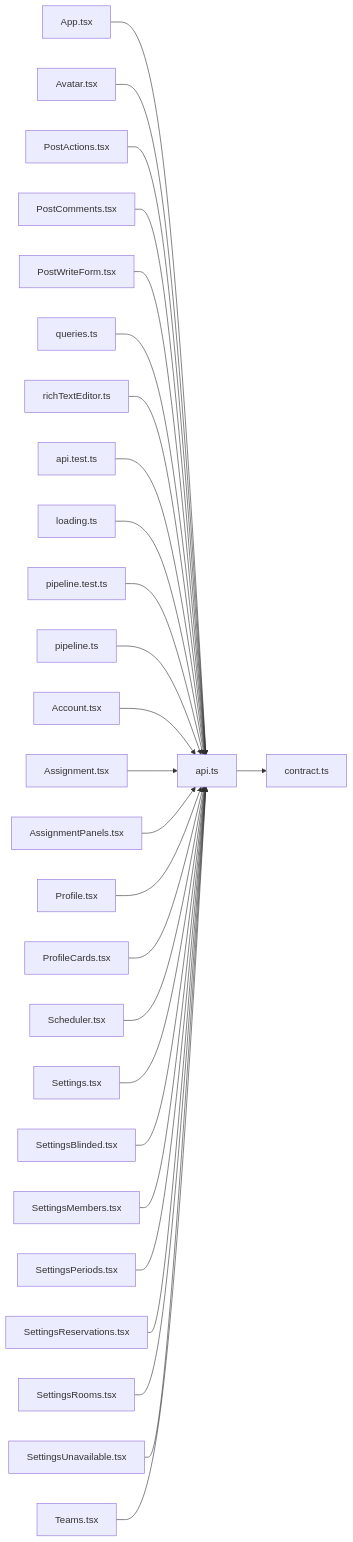
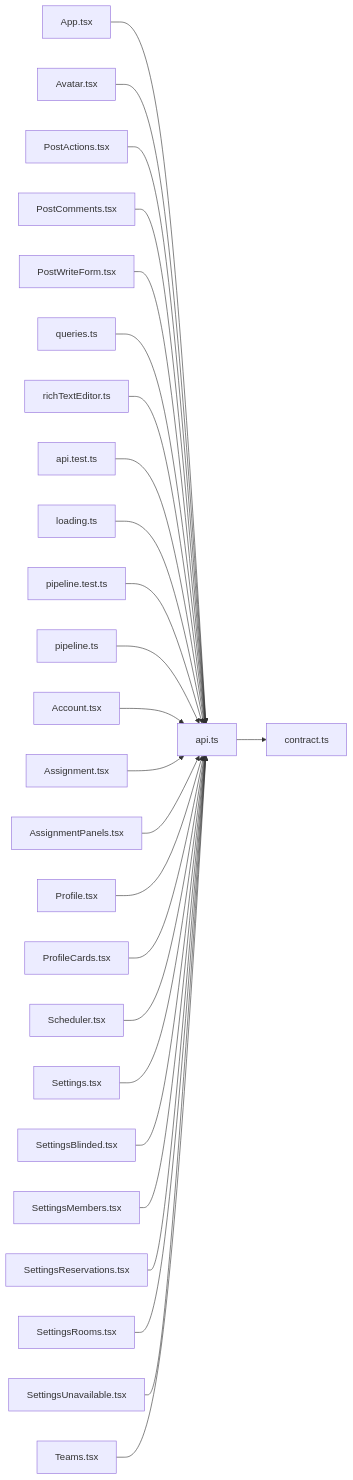
The diagram in .cluedoc/graph/frontend/src/lib/api.md (minkong-dev/Banblit), drawn with Mermaid before and after one commit. The commit also changed other lines of this file and 15 other files, not shown here.

First line of the commit message:
frontend: move route duties into hooks and server calls into lib/pipeline

````diff
--- a/.cluedoc/graph/frontend/src/lib/api.md
+++ b/.cluedoc/graph/frontend/src/lib/api.md
@@ -10,30 +10,29 @@
 ```mermaid
 flowchart LR
   frontend_src_lib_api["api.ts"]
   frontend_src_lib_api --> frontend_src_lib_contract["contract.ts"]
   frontend_src_App["App.tsx"] --> frontend_src_lib_api
   frontend_src_components_Avatar["Avatar.tsx"] --> frontend_src_lib_api
   frontend_src_components_PostActions["PostActions.tsx"] --> frontend_src_lib_api
   frontend_src_components_PostComments["PostComments.tsx"] --> frontend_src_lib_api
   frontend_src_components_PostWriteForm["PostWriteForm.tsx"] --> frontend_src_lib_api
   frontend_src_components_queries["queries.ts"] --> frontend_src_lib_api
   frontend_src_components_richTextEditor["richTextEditor.ts"] --> frontend_src_lib_api
   frontend_src_lib_api_test["api.test.ts"] --> frontend_src_lib_api
   frontend_src_lib_loading["loading.ts"] --> frontend_src_lib_api
   frontend_src_lib_pipeline_test["pipeline.test.ts"] --> frontend_src_lib_api
   frontend_src_lib_pipeline["pipeline.ts"] --> frontend_src_lib_api
   frontend_src_routes_Account["Account.tsx"] --> frontend_src_lib_api
   frontend_src_routes_Assignment["Assignment.tsx"] --> frontend_src_lib_api
   frontend_src_routes_AssignmentPanels["AssignmentPanels.tsx"] --> frontend_src_lib_api
   frontend_src_routes_Profile["Profile.tsx"] --> frontend_src_lib_api
   frontend_src_routes_ProfileCards["ProfileCards.tsx"] --> frontend_src_lib_api
   frontend_src_routes_Scheduler["Scheduler.tsx"] --> frontend_src_lib_api
   frontend_src_routes_Settings["Settings.tsx"] --> frontend_src_lib_api
   frontend_src_routes_SettingsBlinded["SettingsBlinded.tsx"] --> frontend_src_lib_api
   frontend_src_routes_SettingsMembers["SettingsMembers.tsx"] --> frontend_src_lib_api
-  frontend_src_routes_SettingsPeriods["SettingsPeriods.tsx"] --> frontend_src_lib_api
   frontend_src_routes_SettingsReservations["SettingsReservations.tsx"] --> frontend_src_lib_api
   frontend_src_routes_SettingsRooms["SettingsRooms.tsx"] --> frontend_src_lib_api
   frontend_src_routes_SettingsUnavailable["SettingsUnavailable.tsx"] --> frontend_src_lib_api
   frontend_src_routes_Teams["Teams.tsx"] --> frontend_src_lib_api
 ```
````
